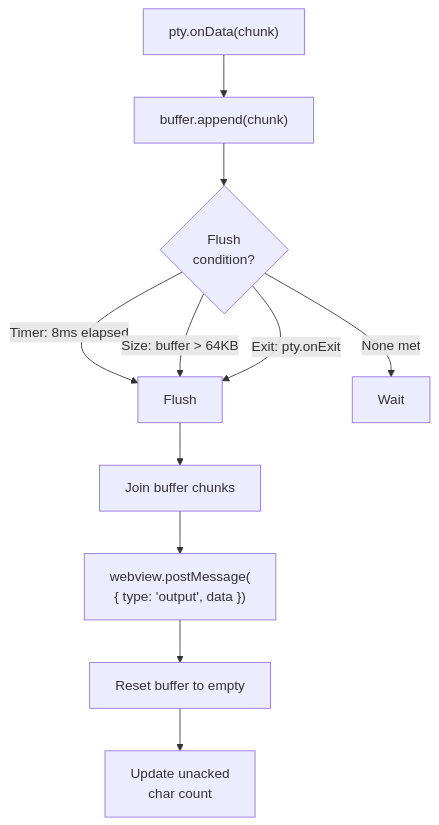
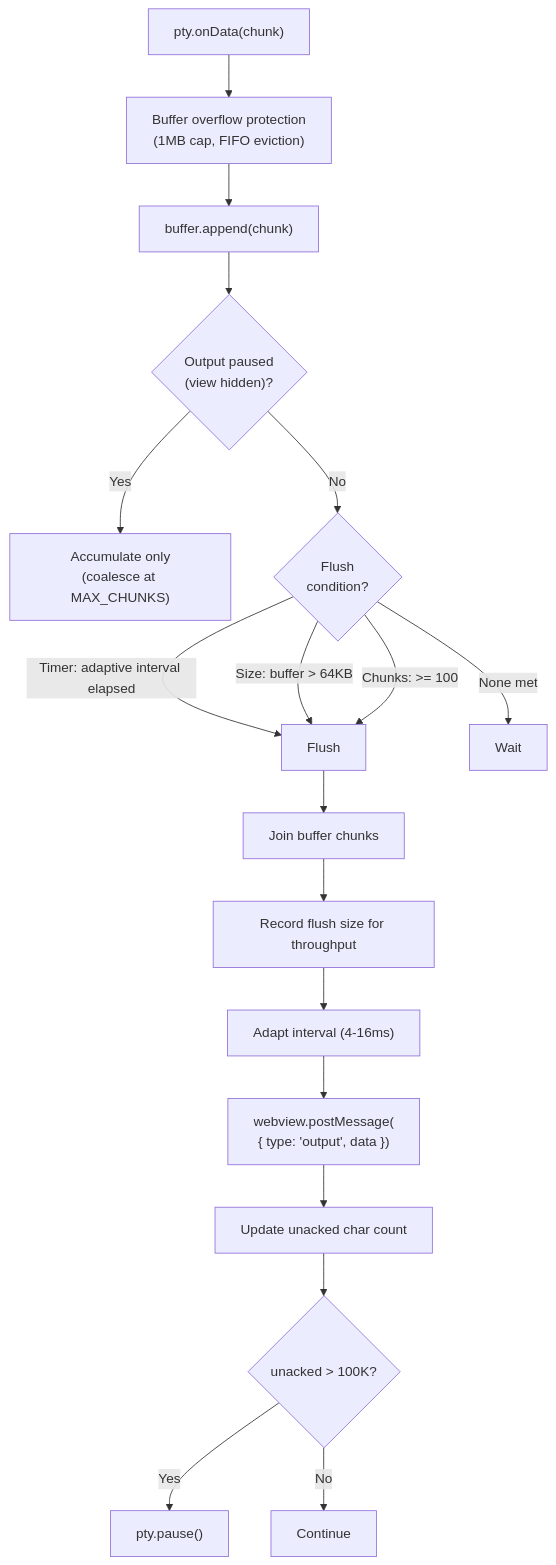
One commit to huybuidac/anywhere-terminal changed the second of 6 diagrams in docs/design/output-buffering.md. Above: the diagram before and after it, drawn with Mermaid. The commit also changed other lines of this file and 46 other files, not shown here.

Commit message:
refactor: extract terminal factory, split renderer, and flow control into dedicated modules, reducing main.ts to a composition root, and add new webview tests.

````diff
--- a/docs/design/output-buffering.md
+++ b/docs/design/output-buffering.md
@@ -56,15 +56,22 @@
 ```mermaid
 flowchart TD
-    A["pty.onData(chunk)"] --> B["buffer.append(chunk)"]
-    B --> C{"Flush<br/>condition?"}
+    A["pty.onData(chunk)"] --> B["Buffer overflow protection<br/>(1MB cap, FIFO eviction)"]
+    B --> C["buffer.append(chunk)"]
+    C --> D{"Output paused<br/>(view hidden)?"}
+    D -->|"Yes"| E["Accumulate only<br/>(coalesce at MAX_CHUNKS)"]
+    D -->|"No"| F{"Flush<br/>condition?"}
     
-    C -->|"Timer: 8ms elapsed"| D["Flush"]
-    C -->|"Size: buffer > 64KB"| D
-    C -->|"Exit: pty.onExit"| D
-    C -->|"None met"| E["Wait"]
+    F -->|"Timer: adaptive interval elapsed"| G["Flush"]
+    F -->|"Size: buffer > 64KB"| G
+    F -->|"Chunks: >= 100"| G
+    F -->|"None met"| H["Wait"]
     
-    D --> F["Join buffer chunks"]
-    F --> G["webview.postMessage(<br/>{ type: 'output', data })"]
-    G --> H["Reset buffer to empty"]
-    H --> I["Update unacked<br/>char count"]
+    G --> I["Join buffer chunks"]
+    I --> J["Record flush size for throughput"]
+    J --> K["Adapt interval (4-16ms)"]
+    K --> L["webview.postMessage(<br/>{ type: 'output', data })"]
+    L --> M["Update unacked char count"]
+    M --> N{"unacked > 100K?"}
+    N -->|"Yes"| O["pty.pause()"]
+    N -->|"No"| P["Continue"]
 ```
````
